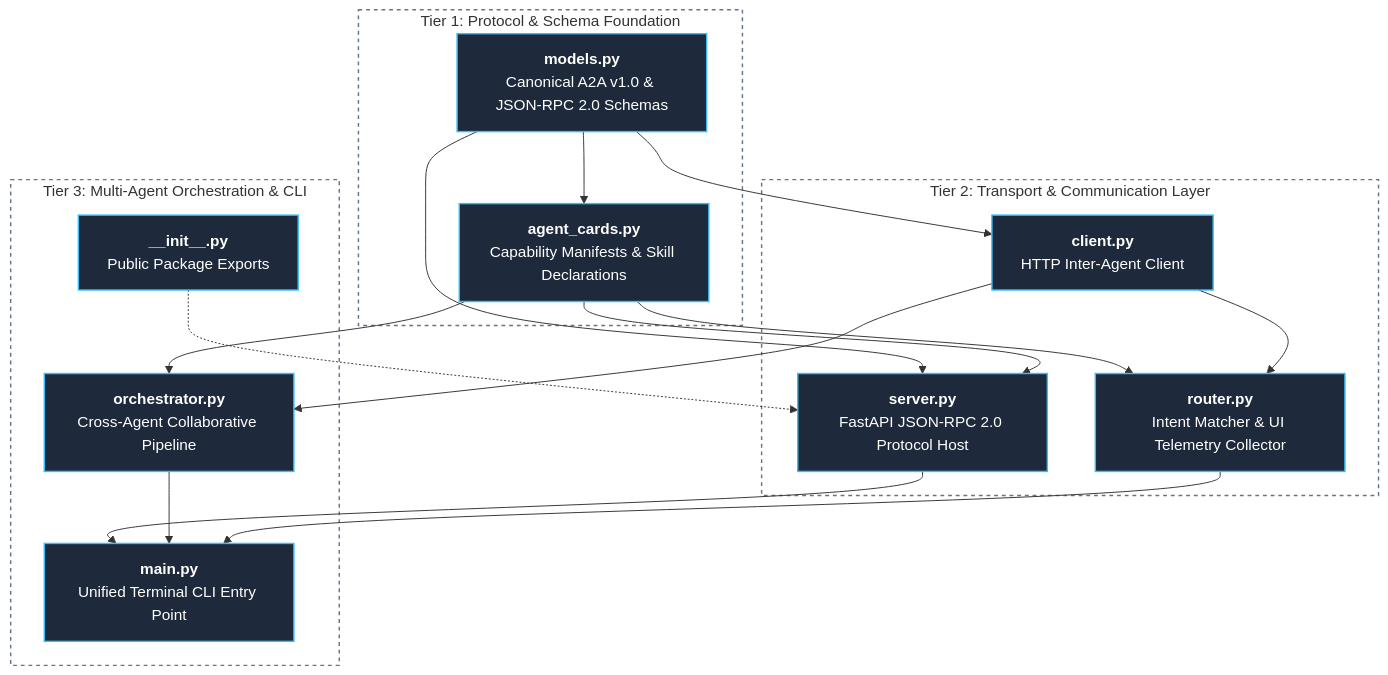
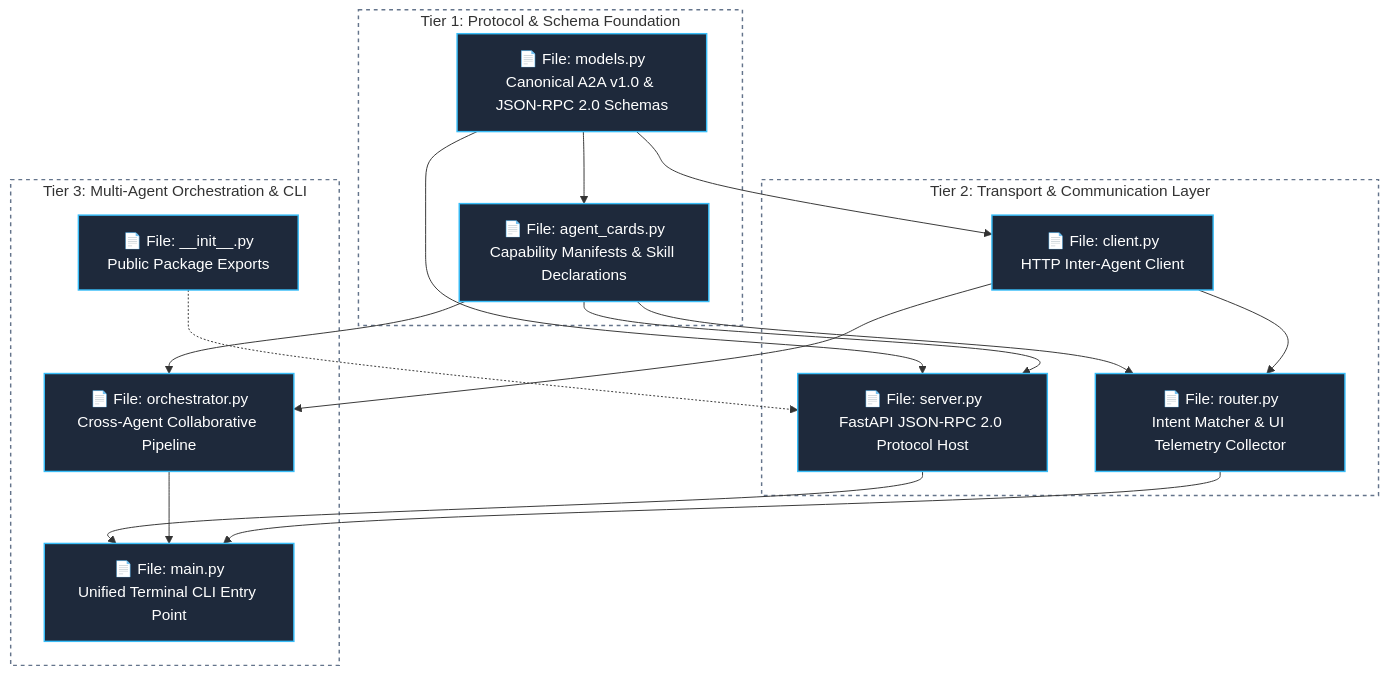
The first of 3 diagrams in A2A_flow.md (SachinMishra-ux/A2A_google), drawn with Mermaid before and after one commit. The commit also changed other lines of this file, not shown here.

Commit message:
fix(docs): add explicit File: labels and remove HTML b tags from Mermaid nodes

````diff
--- a/A2A_flow.md
+++ b/A2A_flow.md
@@ -11,41 +11,41 @@
 ```mermaid
 flowchart TD
     %% Tiers with transparent backgrounds for 100% Dark and Light theme compatibility
     subgraph Tier1 ["Tier 1: Protocol & Schema Foundation"]
-        M["<b>models.py</b><br/>Canonical A2A v1.0 & JSON-RPC 2.0 Schemas"]
-        AC["<b>agent_cards.py</b><br/>Capability Manifests & Skill Declarations"]
+        M["📄 File: models.py<br/>Canonical A2A v1.0 & JSON-RPC 2.0 Schemas"]
+        AC["📄 File: agent_cards.py<br/>Capability Manifests & Skill Declarations"]
     end
 
     subgraph Tier2 ["Tier 2: Transport & Communication Layer"]
-        SRV["<b>server.py</b><br/>FastAPI JSON-RPC 2.0 Protocol Host"]
-        CLI["<b>client.py</b><br/>HTTP Inter-Agent Client"]
-        RTR["<b>router.py</b><br/>Intent Matcher & UI Telemetry Collector"]
+        SRV["📄 File: server.py<br/>FastAPI JSON-RPC 2.0 Protocol Host"]
+        CLI["📄 File: client.py<br/>HTTP Inter-Agent Client"]
+        RTR["📄 File: router.py<br/>Intent Matcher & UI Telemetry Collector"]
     end
 
     subgraph Tier3 ["Tier 3: Multi-Agent Orchestration & CLI"]
-        ORCH["<b>orchestrator.py</b><br/>Cross-Agent Collaborative Pipeline"]
-        MAIN["<b>main.py</b><br/>Unified Terminal CLI Entry Point"]
-        INIT["<b>__init__.py</b><br/>Public Package Exports"]
+        ORCH["📄 File: orchestrator.py<br/>Cross-Agent Collaborative Pipeline"]
+        MAIN["📄 File: main.py<br/>Unified Terminal CLI Entry Point"]
+        INIT["📄 File: __init__.py<br/>Public Package Exports"]
     end
 
     %% Clean hierarchy connections
     M --> AC
     M --> SRV
     M --> CLI
     AC --> SRV
     AC --> RTR
     CLI --> RTR
     CLI --> ORCH
     AC --> ORCH
     SRV --> MAIN
     ORCH --> MAIN
     RTR --> MAIN
     INIT -.-> SRV
 
     %% Universal High-Contrast Theme Styling (Works in both Dark and Light modes)
     style Tier1 fill:none,stroke:#64748b,stroke-width:1.5px,stroke-dasharray: 4 4
     style Tier2 fill:none,stroke:#64748b,stroke-width:1.5px,stroke-dasharray: 4 4
     style Tier3 fill:none,stroke:#64748b,stroke-width:1.5px,stroke-dasharray: 4 4
 
     classDef default fill:#1e293b,stroke:#38bdf8,stroke-width:1.5px,color:#ffffff;
 ```
````
